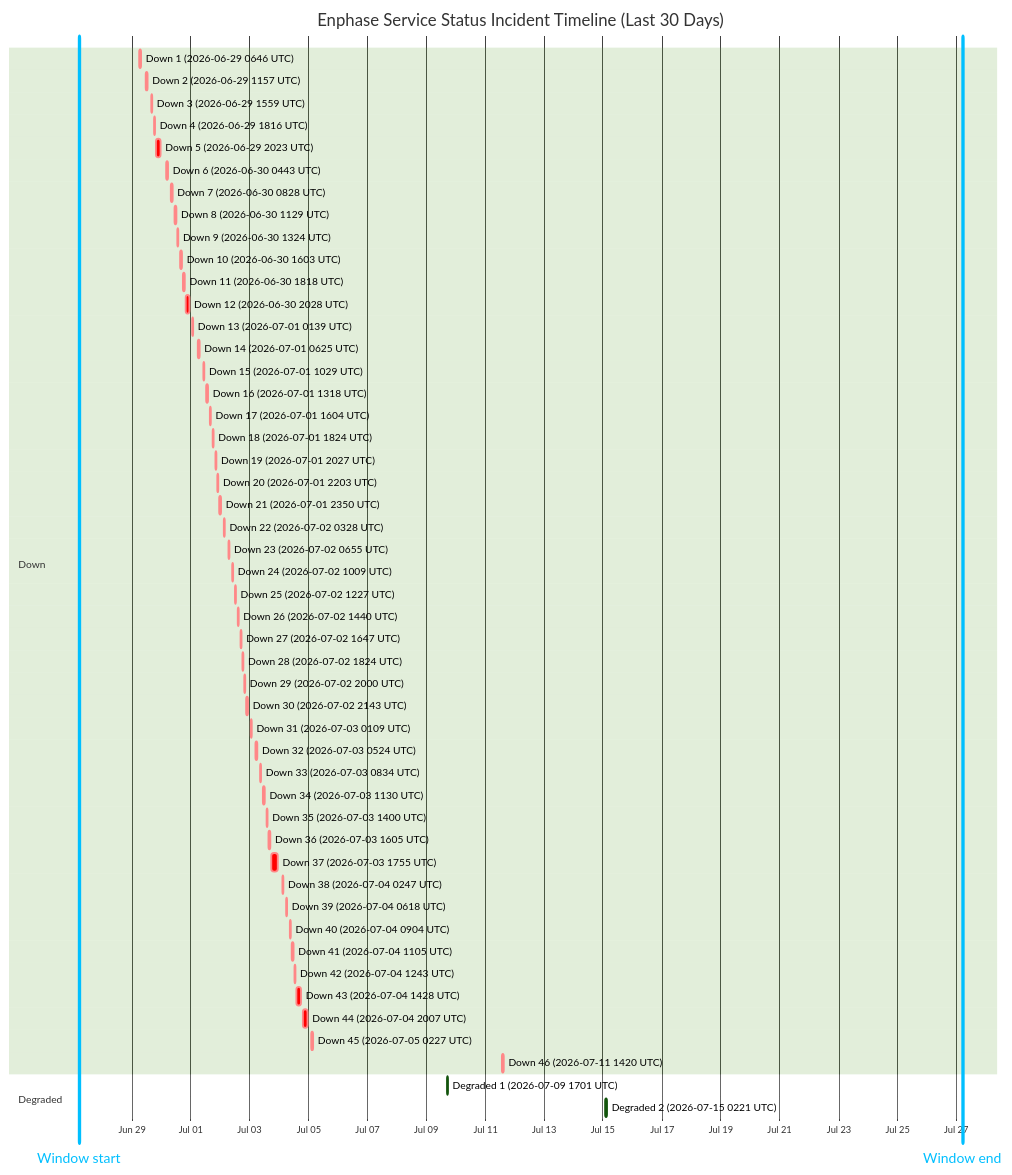
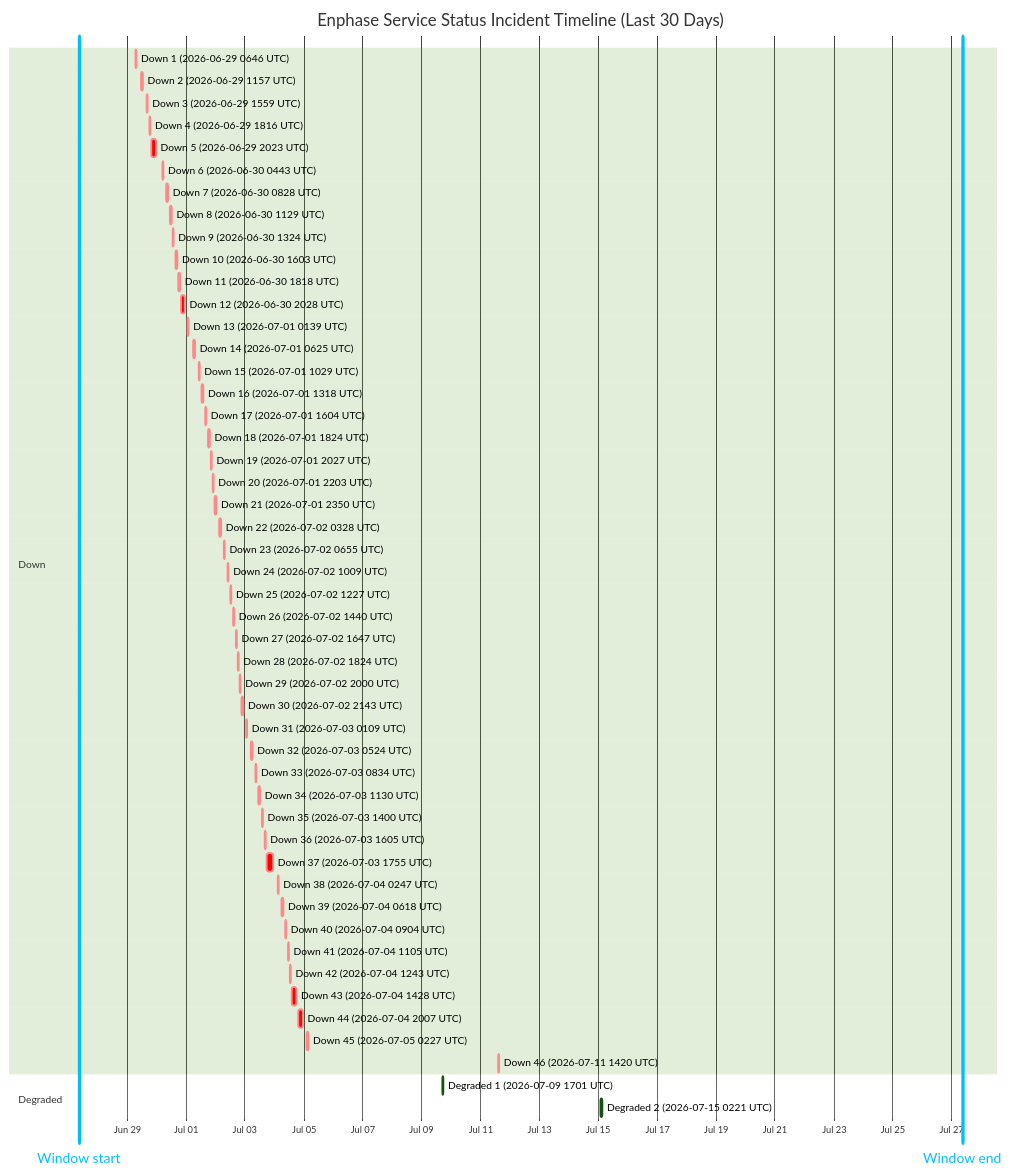
One commit to barneyonline/ha-enphase-energy changed the diagram in wiki/Service-Status-History.md. Above: the diagram before and after it, drawn with Mermaid (forest theme). The commit also changed other lines of this file and 3 other files, not shown here.

````diff
--- a/wiki/Service-Status-History.md
+++ b/wiki/Service-Status-History.md
@@ -14,58 +14,58 @@
 ```mermaid
 gantt
     title Enphase Service Status Incident Timeline (Last 30 Days)
     dateFormat  YYYY-MM-DDTHH:mm:ss
     axisFormat  %b %d
-    Window start :vert, window-start, 2026-06-27T05:09:24, 0ms
-    Window end :vert, window-end, 2026-07-27T05:09:24, 0ms
+    Window start :vert, window-start, 2026-06-27T08:53:46, 0ms
+    Window end :vert, window-end, 2026-07-27T08:53:46, 0ms
     section Down
     Down 1 (2026-06-29 0646 UTC) :crit, down-1, 2026-06-29T06:46:18, 60m
     Down 2 (2026-06-29 1157 UTC) :crit, down-2, 2026-06-29T11:57:36, 60m
     Down 3 (2026-06-29 1559 UTC) :crit, down-3, 2026-06-29T15:59:02, 60m
     Down 4 (2026-06-29 1816 UTC) :crit, down-4, 2026-06-29T18:16:38, 60m
     Down 5 (2026-06-29 2023 UTC) :crit, down-5, 2026-06-29T20:23:16, 220m
     Down 6 (2026-06-30 0443 UTC) :crit, down-6, 2026-06-30T04:43:54, 60m
     Down 7 (2026-06-30 0828 UTC) :crit, down-7, 2026-06-30T08:28:43, 60m
     Down 8 (2026-06-30 1129 UTC) :crit, down-8, 2026-06-30T11:29:15, 60m
     Down 9 (2026-06-30 1324 UTC) :crit, down-9, 2026-06-30T13:24:25, 60m
     Down 10 (2026-06-30 1603 UTC) :crit, down-10, 2026-06-30T16:03:26, 60m
     Down 11 (2026-06-30 1818 UTC) :crit, down-11, 2026-06-30T18:18:39, 60m
     Down 12 (2026-06-30 2028 UTC) :crit, down-12, 2026-06-30T20:28:54, 171m
     Down 13 (2026-07-01 0139 UTC) :crit, down-13, 2026-07-01T01:39:18, 60m
     Down 14 (2026-07-01 0625 UTC) :crit, down-14, 2026-07-01T06:25:35, 60m
     Down 15 (2026-07-01 1029 UTC) :crit, down-15, 2026-07-01T10:29:24, 60m
     Down 16 (2026-07-01 1318 UTC) :crit, down-16, 2026-07-01T13:18:31, 60m
     Down 17 (2026-07-01 1604 UTC) :crit, down-17, 2026-07-01T16:04:29, 60m
     Down 18 (2026-07-01 1824 UTC) :crit, down-18, 2026-07-01T18:24:21, 60m
     Down 19 (2026-07-01 2027 UTC) :crit, down-19, 2026-07-01T20:27:17, 60m
     Down 20 (2026-07-01 2203 UTC) :crit, down-20, 2026-07-01T22:03:46, 60m
     Down 21 (2026-07-01 2350 UTC) :crit, down-21, 2026-07-01T23:50:52, 60m
     Down 22 (2026-07-02 0328 UTC) :crit, down-22, 2026-07-02T03:28:33, 60m
     Down 23 (2026-07-02 0655 UTC) :crit, down-23, 2026-07-02T06:55:07, 60m
     Down 24 (2026-07-02 1009 UTC) :crit, down-24, 2026-07-02T10:09:15, 60m
     Down 25 (2026-07-02 1227 UTC) :crit, down-25, 2026-07-02T12:27:49, 60m
     Down 26 (2026-07-02 1440 UTC) :crit, down-26, 2026-07-02T14:40:53, 60m
     Down 27 (2026-07-02 1647 UTC) :crit, down-27, 2026-07-02T16:47:47, 60m
     Down 28 (2026-07-02 1824 UTC) :crit, down-28, 2026-07-02T18:24:26, 60m
     Down 29 (2026-07-02 2000 UTC) :crit, down-29, 2026-07-02T20:00:57, 60m
     Down 30 (2026-07-02 2143 UTC) :crit, down-30, 2026-07-02T21:43:52, 80m
     Down 31 (2026-07-03 0109 UTC) :crit, down-31, 2026-07-03T01:09:19, 60m
     Down 32 (2026-07-03 0524 UTC) :crit, down-32, 2026-07-03T05:24:23, 60m
     Down 33 (2026-07-03 0834 UTC) :crit, down-33, 2026-07-03T08:34:05, 60m
     Down 34 (2026-07-03 1130 UTC) :crit, down-34, 2026-07-03T11:30:41, 60m
     Down 35 (2026-07-03 1400 UTC) :crit, down-35, 2026-07-03T14:00:48, 60m
     Down 36 (2026-07-03 1605 UTC) :crit, down-36, 2026-07-03T16:05:49, 60m
     Down 37 (2026-07-03 1755 UTC) :crit, down-37, 2026-07-03T17:55:54, 338m
     Down 38 (2026-07-04 0247 UTC) :crit, down-38, 2026-07-04T02:47:22, 60m
     Down 39 (2026-07-04 0618 UTC) :crit, down-39, 2026-07-04T06:18:09, 60m
     Down 40 (2026-07-04 0904 UTC) :crit, down-40, 2026-07-04T09:04:41, 60m
     Down 41 (2026-07-04 1105 UTC) :crit, down-41, 2026-07-04T11:05:21, 60m
     Down 42 (2026-07-04 1243 UTC) :crit, down-42, 2026-07-04T12:43:25, 60m
     Down 43 (2026-07-04 1428 UTC) :crit, down-43, 2026-07-04T14:28:07, 243m
     Down 44 (2026-07-04 2007 UTC) :crit, down-44, 2026-07-04T20:07:50, 206m
     Down 45 (2026-07-05 0227 UTC) :crit, down-45, 2026-07-05T02:27:32, 109m
     Down 46 (2026-07-11 1420 UTC) :crit, down-46, 2026-07-11T14:20:54, 69m
     section Degraded
     Degraded 1 (2026-07-09 1701 UTC) :active, degraded-1, 2026-07-09T17:01:02, 60m
     Degraded 2 (2026-07-15 0221 UTC) :active, degraded-2, 2026-07-15T02:21:35, 60m
 ```
````
